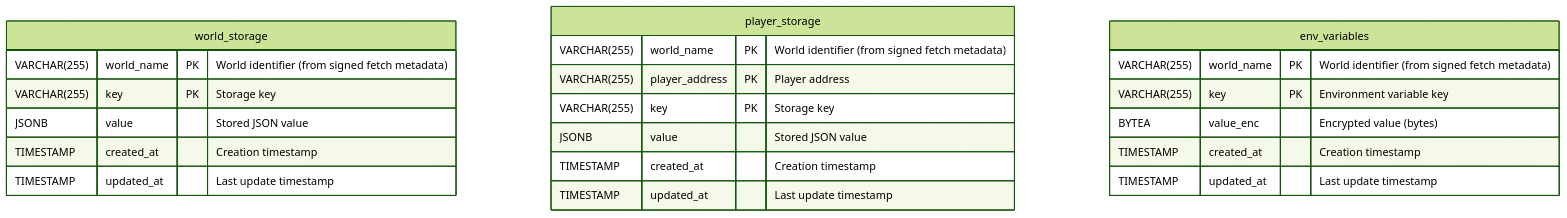
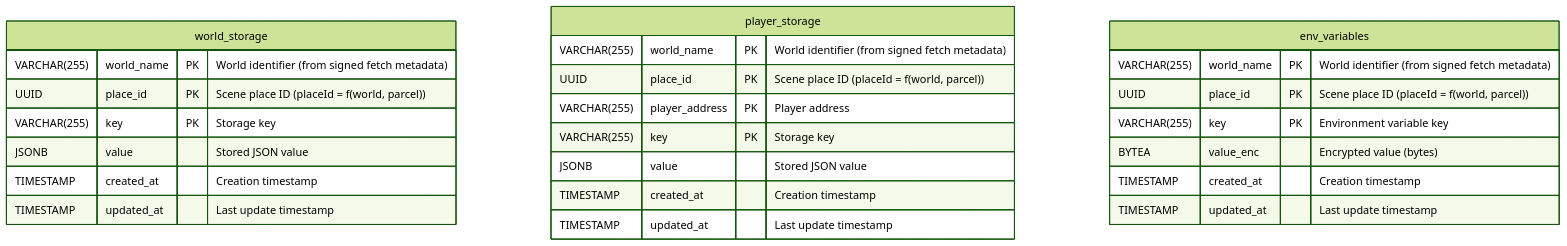
One commit to decentraland/world-storage-service changed the diagram in docs/database-schemas.md. Above: the diagram before and after it, drawn with Mermaid (forest theme). The commit also changed other lines of this file and 8 other files, not shown here.

````diff
--- a/docs/database-schemas.md
+++ b/docs/database-schemas.md
@@ -9,27 +9,30 @@
 ```mermaid
 erDiagram
   world_storage {
     VARCHAR(255) world_name PK "World identifier (from signed fetch metadata)"
+    UUID place_id PK "Scene place ID (placeId = f(world, parcel))"
     VARCHAR(255) key PK "Storage key"
     JSONB value "Stored JSON value"
     TIMESTAMP created_at "Creation timestamp"
     TIMESTAMP updated_at "Last update timestamp"
   }
 
   player_storage {
     VARCHAR(255) world_name PK "World identifier (from signed fetch metadata)"
+    UUID place_id PK "Scene place ID (placeId = f(world, parcel))"
     VARCHAR(255) player_address PK "Player address"
     VARCHAR(255) key PK "Storage key"
     JSONB value "Stored JSON value"
     TIMESTAMP created_at "Creation timestamp"
     TIMESTAMP updated_at "Last update timestamp"
   }
 
   env_variables {
     VARCHAR(255) world_name PK "World identifier (from signed fetch metadata)"
+    UUID place_id PK "Scene place ID (placeId = f(world, parcel))"
     VARCHAR(255) key PK "Environment variable key"
     BYTEA value_enc "Encrypted value (bytes)"
     TIMESTAMP created_at "Creation timestamp"
     TIMESTAMP updated_at "Last update timestamp"
   }
 ```
````
